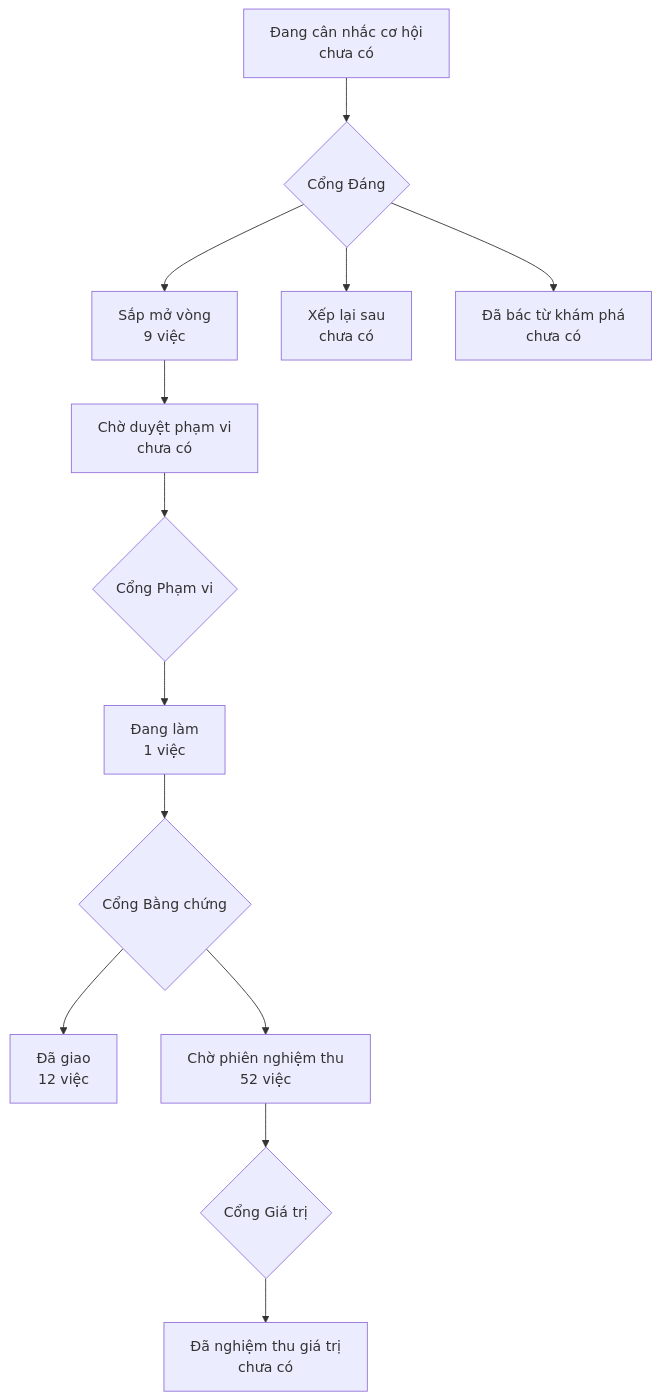
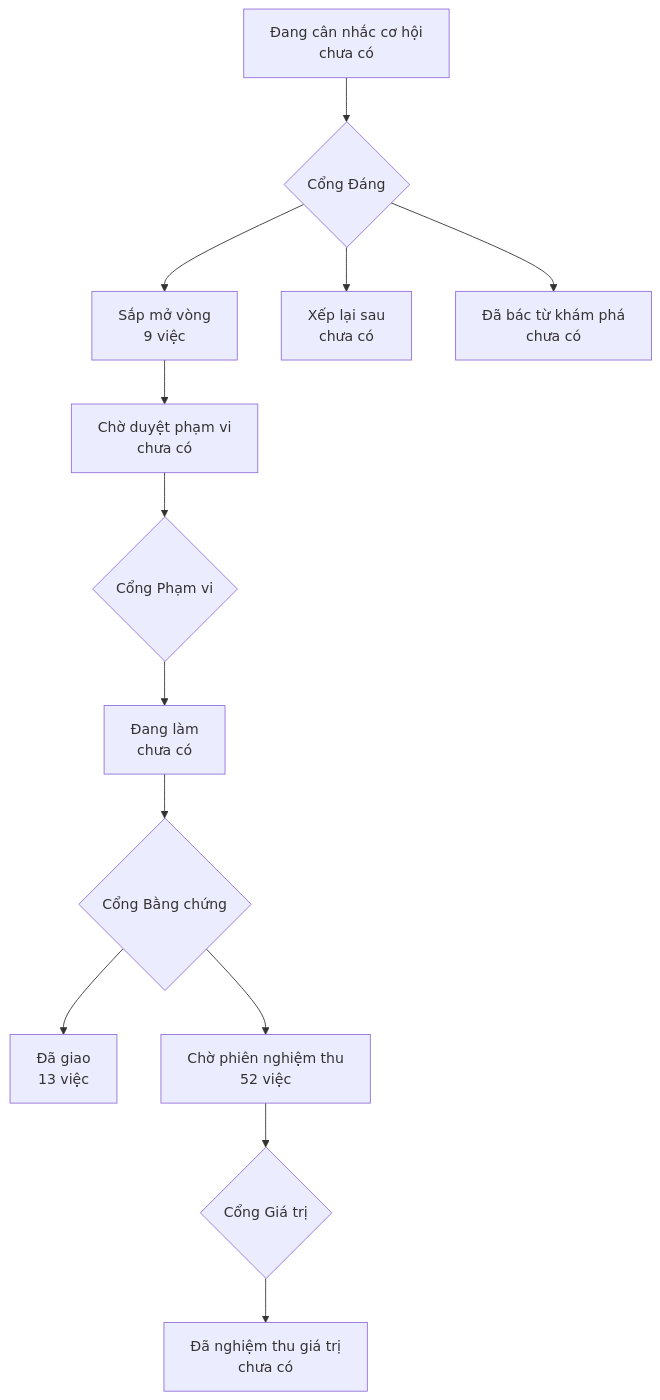
Before and after one commit to phanlemanh/onehub-inventory: the diagram in PRODUCT-MAP.md, drawn with Mermaid. The commit also changed other lines of this file and 4 other files, not shown here.

````diff
--- a/PRODUCT-MAP.md
+++ b/PRODUCT-MAP.md
@@ -7,12 +7,12 @@
 ```mermaid
 flowchart TD
   A["Đang cân nhắc cơ hội<br/>chưa có"] --> GD{"Cổng Đáng"}
   GD --> B["Sắp mở vòng<br/>9 việc"]
   GD --> XL["Xếp lại sau<br/>chưa có"]
   GD --> DB["Đã bác từ khám phá<br/>chưa có"]
   B --> CD["Chờ duyệt phạm vi<br/>chưa có"] --> GP{"Cổng Phạm vi"}
-  GP --> DL["Đang làm<br/>1 việc"] --> GB{"Cổng Bằng chứng"}
-  GB --> DG["Đã giao<br/>12 việc"]
+  GP --> DL["Đang làm<br/>chưa có"] --> GB{"Cổng Bằng chứng"}
+  GB --> DG["Đã giao<br/>13 việc"]
   GB --> CN["Chờ phiên nghiệm thu<br/>52 việc"] --> GG{"Cổng Giá trị"}
   GG --> NT["Đã nghiệm thu giá trị<br/>chưa có"]
 ```
````
